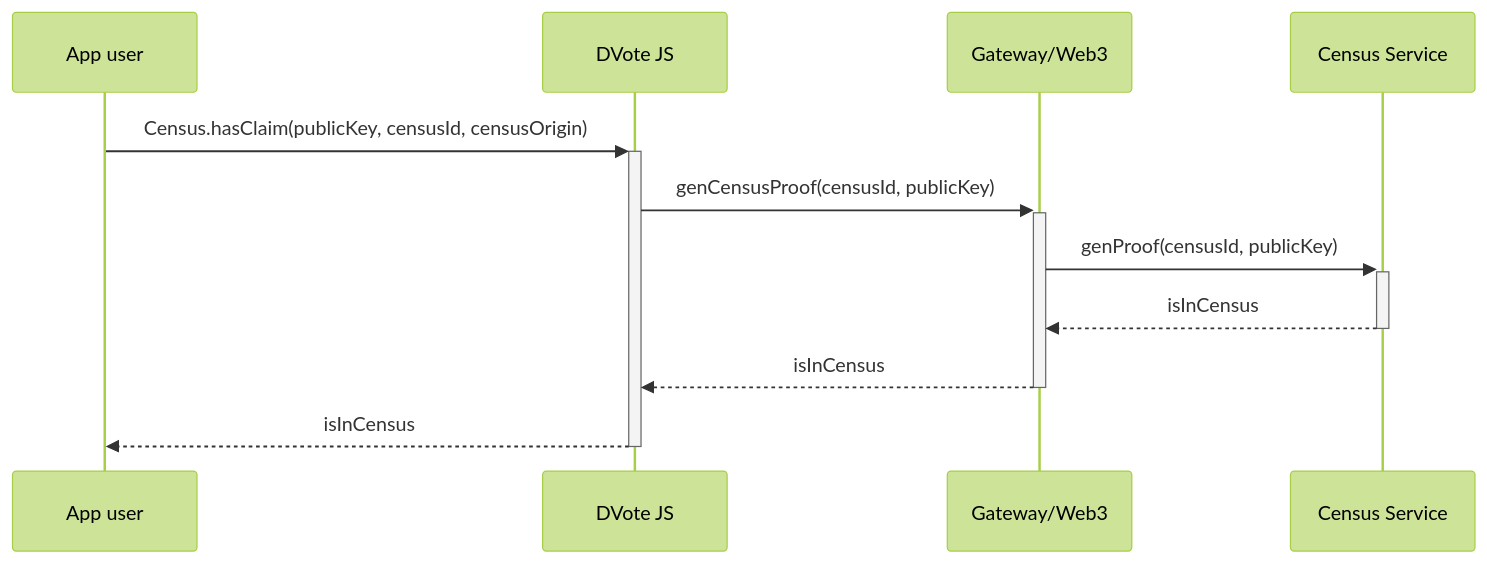
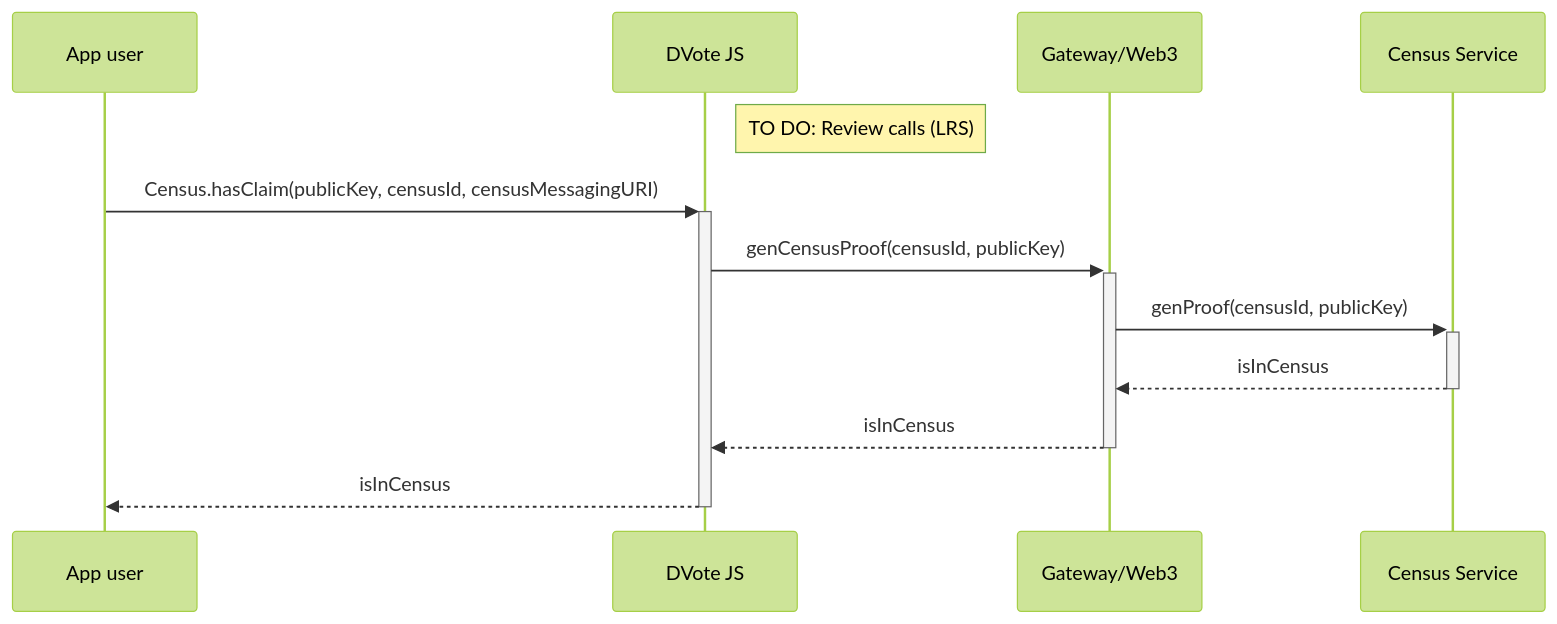
Before and after one commit to vocdoni/docs: the seventh of 13 diagrams in docs/protocol/sequence-diagrams.md, drawn with Mermaid (forest theme). The commit also changed other lines of this file and 2 other files, not shown here.

````diff
--- a/docs/protocol/sequence-diagrams.md
+++ b/docs/protocol/sequence-diagrams.md
@@ -313,16 +323,18 @@
 ```mermaid
 sequenceDiagram
     participant App as App user
     participant DV as DVote JS
     participant GW as Gateway/Web3
     participant CS as Census Service
 
-    App->>+DV: Census.hasClaim(publicKey, censusId, censusOrigin)
+    Note right of DV: TO DO: Review calls (LRS)
+
+    App->>+DV: Census.hasClaim(publicKey, censusId, censusMessagingURI)
 
         DV->>+GW: genCensusProof(censusId, publicKey)
         GW->>+CS: genProof(censusId, publicKey)
         CS-->>-GW: isInCensus
         GW-->>-DV: isInCensus
 
     DV-->>-App: isInCensus
 ```
````
